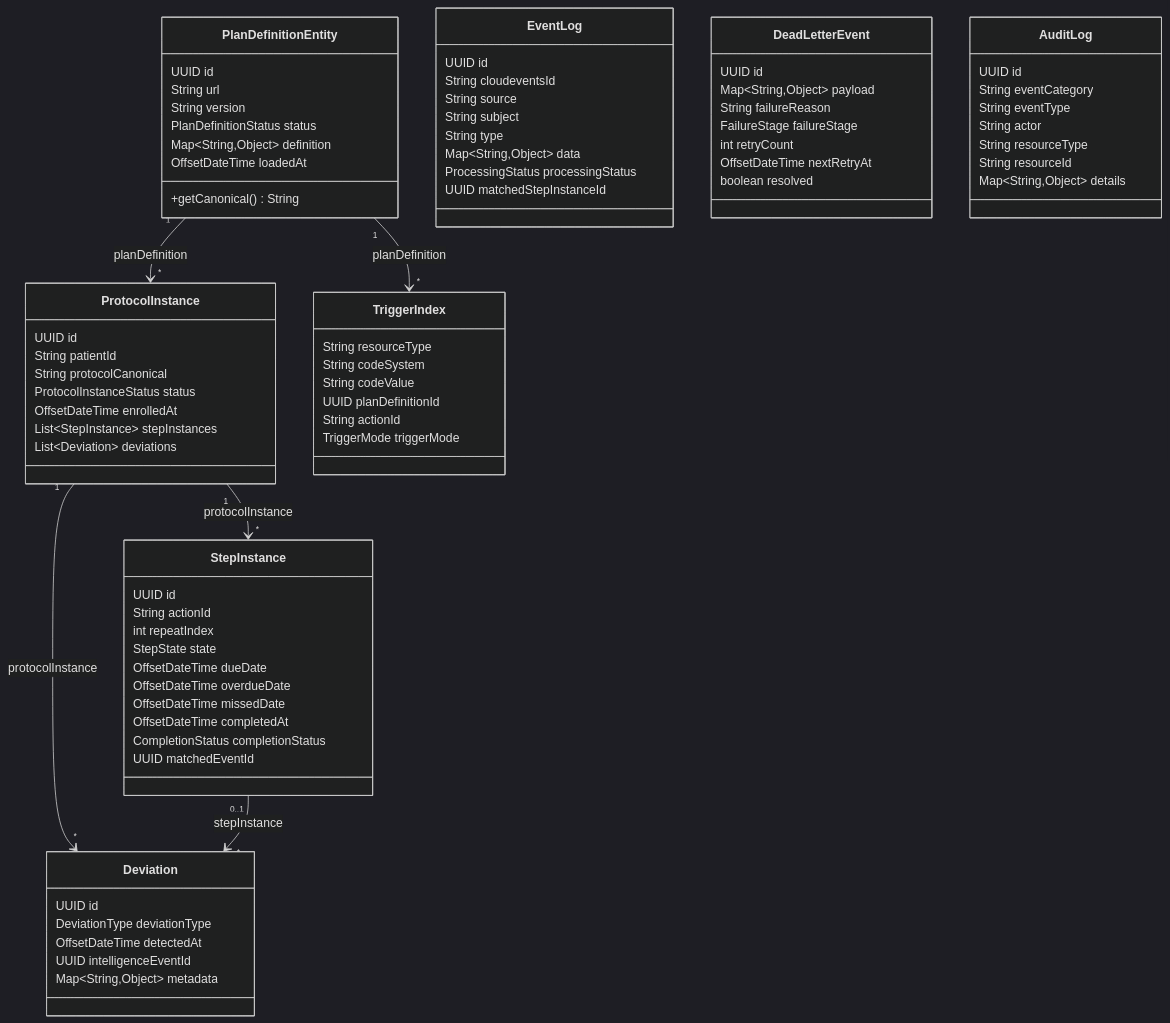
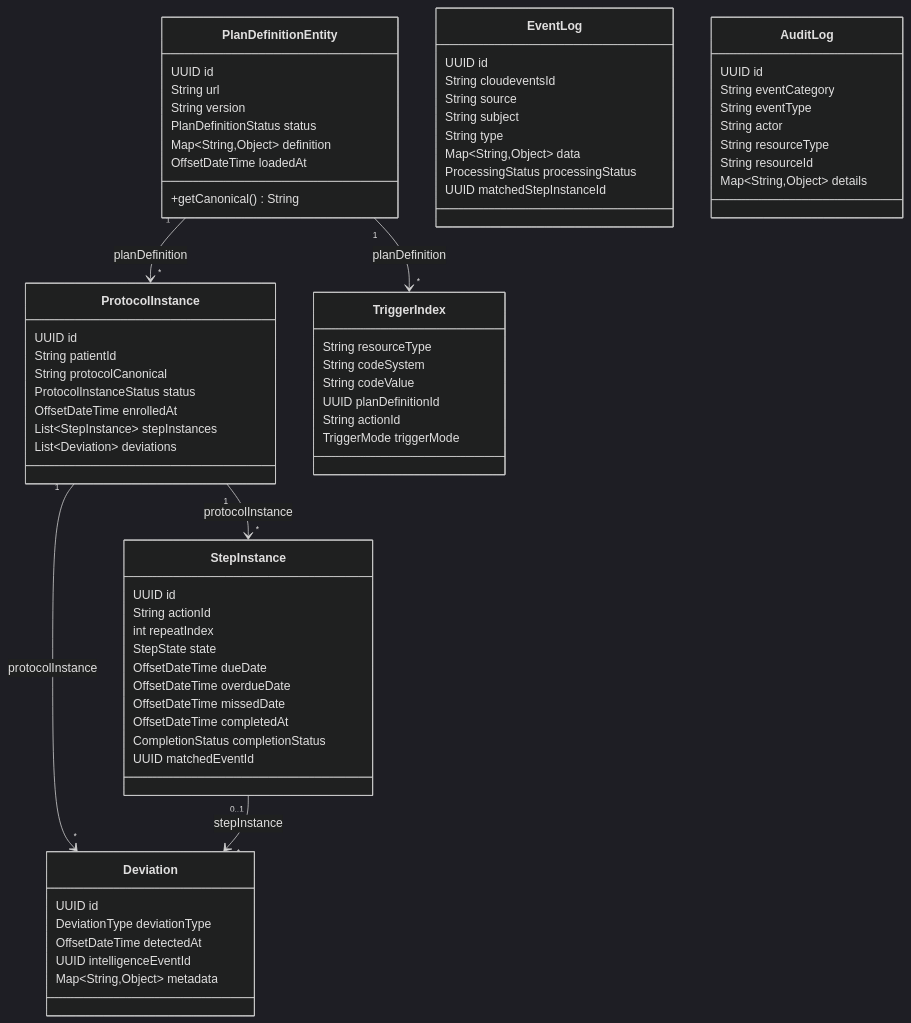
One commit to ishashankakkasali/cce-compliance-service changed the first of 6 diagrams in docs/low-level-design.md. Above: the diagram before and after it, drawn with Mermaid (dark theme). The commit also changed other lines of this file and 27 other files, not shown here.

Commit message:
"Removal of dead-letter implementation"

```diff
--- a/docs/low-level-design.md
+++ b/docs/low-level-design.md
@@ -160,16 +156,6 @@
         UUID matchedStepInstanceId
     }
 
-    class DeadLetterEvent {
-        UUID id
-        Map~String,Object~ payload
-        String failureReason
-        FailureStage failureStage
-        int retryCount
-        OffsetDateTime nextRetryAt
-        boolean resolved
-    }
-
     class AuditLog {
         UUID id
         String eventCategory
```
